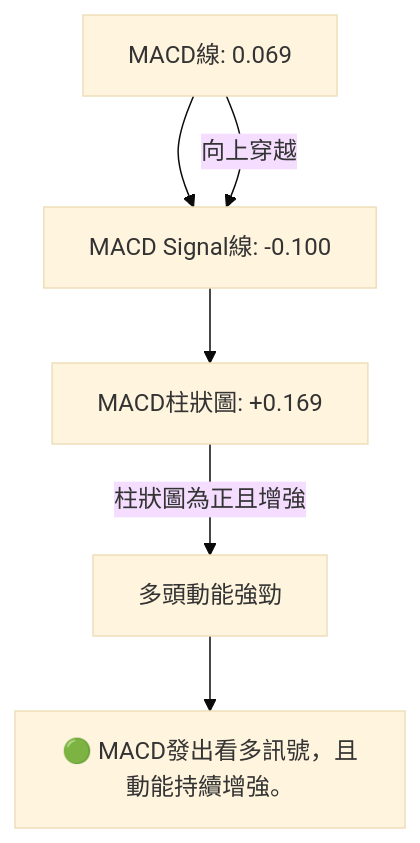
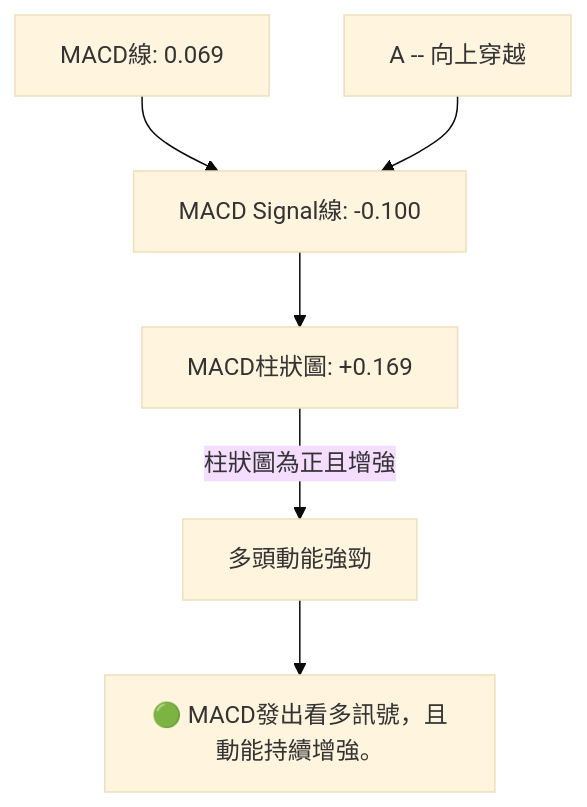
The eighth of 11 diagrams in ai_gen_report/stock/nu/technical_analysis_2026-07-02_gemini.md (yennanliu/finance_data), drawn with Mermaid (base theme) before and after one commit. The commit also changed other lines of this file and 2258 other files, not shown here.

First line of the commit message:
chore: backfill Mermaid syntax repair across existing reports

````diff
--- a/ai_gen_report/stock/nu/technical_analysis_2026-07-02_gemini.md
+++ b/ai_gen_report/stock/nu/technical_analysis_2026-07-02_gemini.md
@@ -479,10 +479,10 @@
 ```mermaid
 graph TD
-    A[MACD線: 0.069] --> B[MACD Signal線: -0.100]
-    B --> C[MACD柱狀圖: +0.169]
+    A["MACD線: 0.069"] --> B["MACD Signal線: -0.100"]
+    B --> C["MACD柱狀圖: +0.169"]
 
-    A -- 向上穿越 --> B
-    C -- 柱狀圖為正且增強 --> D[多頭動能強勁]
+    nb1["A -- 向上穿越"] --> B
+    C -- 柱狀圖為正且增強 --> D["多頭動能強勁"]
 
-    D --> 結論[🟢 MACD發出看多訊號，且動能持續增強。]
+    D --> 結論["🟢 MACD發出看多訊號，且動能持續增強。"]
 ```
````
